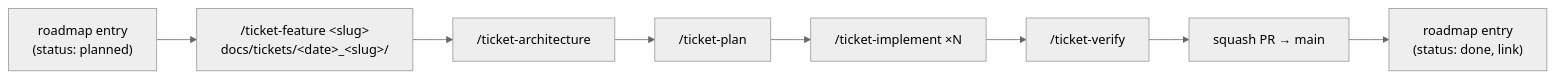
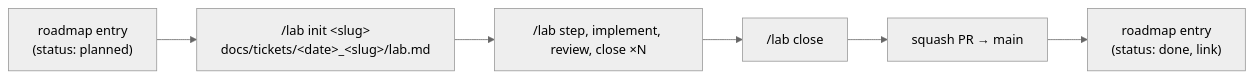
Before and after one commit to khotei/app-template: the diagram in docs/knowledge/roadmap.md, drawn with Mermaid (neutral theme). The commit also changed other lines of this file and 3427 other files, not shown here.

````diff
--- a/docs/knowledge/roadmap.md
+++ b/docs/knowledge/roadmap.md
@@ -15,7 +15,7 @@
 ```mermaid
 graph LR
-  R["roadmap entry<br/>(status: planned)"] --> F["/ticket-feature &lt;slug&gt;<br/>docs/tickets/&lt;date&gt;_&lt;slug&gt;/"]
-  F --> A["/ticket-architecture"] --> P["/ticket-plan"] --> I["/ticket-implement ×N"] --> V["/ticket-verify"]
-  V --> PR["squash PR → main"]
+  R["roadmap entry<br/>(status: planned)"] --> F["/lab init &lt;slug&gt;<br/>docs/tickets/&lt;date&gt;_&lt;slug&gt;/lab.md"]
+  F --> S["/lab step, implement, review, close ×N"] --> C["/lab close"]
+  C --> PR["squash PR → main"]
   PR --> R2["roadmap entry<br/>(status: done, link)"]
 ```
````
